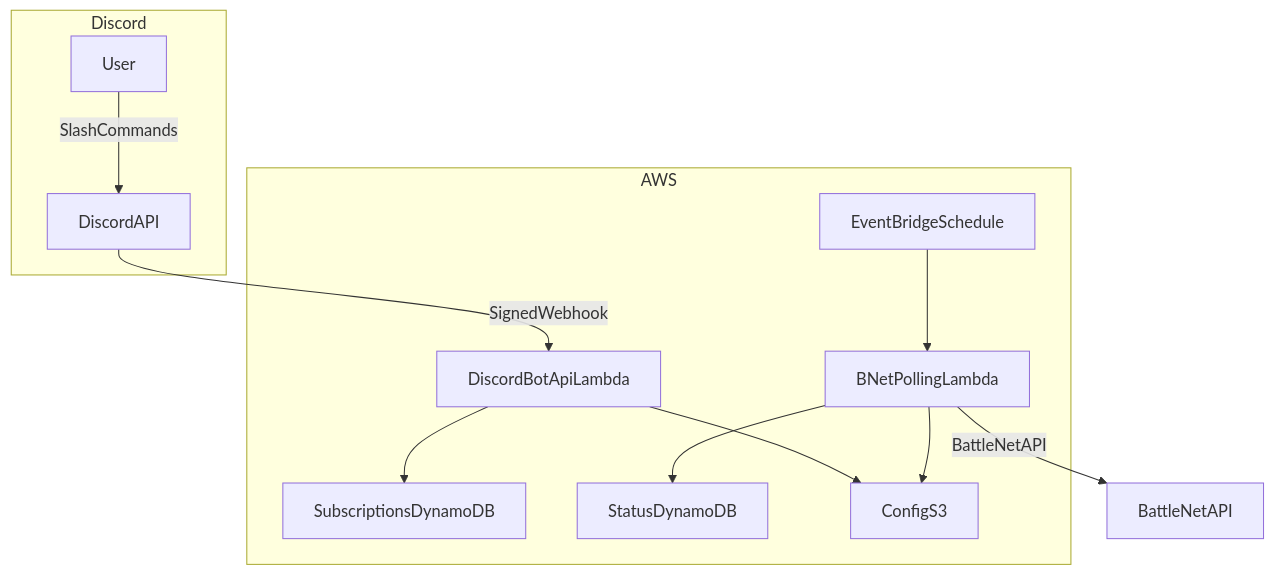
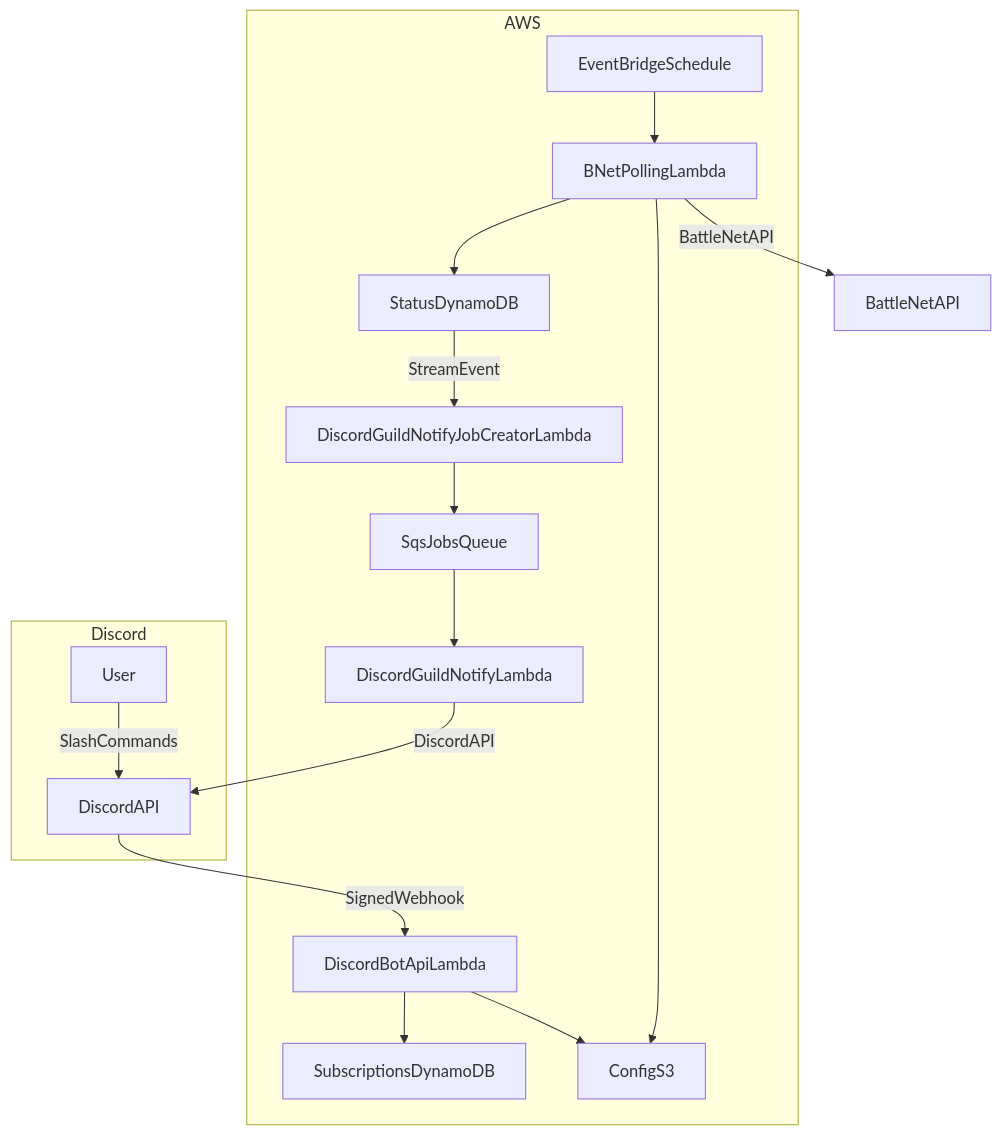
One commit to ServersUp/servers-up-backend changed the diagram in README.md. Above: the diagram before and after it, drawn with Mermaid. The commit also changed other lines of this file, not shown here.

First line of the commit message:
docs: expand README rationale and simplify architecture

````diff
--- a/README.md
+++ b/README.md
@@ -11,26 +11,34 @@
 ```mermaid
 graph TD
   subgraph discord[Discord]
     User[User]
     DiscordAPI[DiscordAPI]
   end
 
   subgraph aws[AWS]
     BotApi[DiscordBotApiLambda]
     Poller[BNetPollingLambda]
     Scheduler[EventBridgeSchedule]
+    JobCreator[DiscordGuildNotifyJobCreatorLambda]
+    JobsQueue[SqsJobsQueue]
+    Notifier[DiscordGuildNotifyLambda]
     SubsDdb[SubscriptionsDynamoDB]
     StatusDdb[StatusDynamoDB]
     ConfigS3[ConfigS3]
   end
 
   User -->|SlashCommands| DiscordAPI
   DiscordAPI -->|SignedWebhook| BotApi
   BotApi --> SubsDdb
   BotApi --> ConfigS3
 
   Scheduler --> Poller
   Poller -->|BattleNetAPI| BattleNet[BattleNetAPI]
   Poller --> StatusDdb
   Poller --> ConfigS3
+
+  StatusDdb -->|StreamEvent| JobCreator
+  JobCreator --> JobsQueue
+  JobsQueue --> Notifier
+  Notifier -->|DiscordAPI| DiscordAPI
 ```
````
